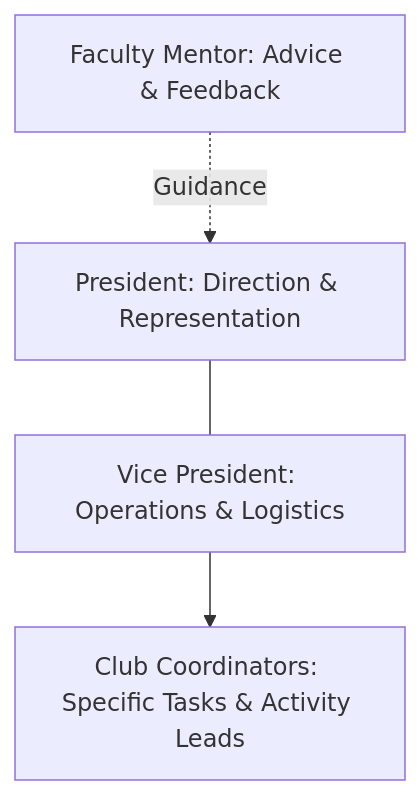
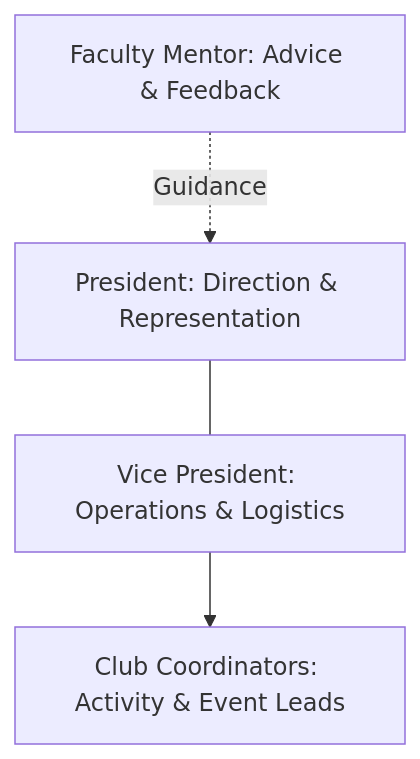
The diagram in 04-club-leadership/structure.md (blxckpxnther46/Kalvium-X-Vels-Student-Clubs), drawn with Mermaid before and after one commit. The commit also changed other lines of this file and 50 other files, not shown here.

````diff
--- a/04-club-leadership/structure.md
+++ b/04-club-leadership/structure.md
@@ -5,11 +5,11 @@
 ```mermaid
 graph TD
     Mentor[Faculty Mentor: Advice & Feedback]
     Pres[President: Direction & Representation]
     VP[Vice President: Operations & Logistics]
-    Coords[Club Coordinators: Specific Tasks & Activity Leads]
+    Coords[Club Coordinators: Activity & Event Leads]
     
     Mentor -.->|Guidance| Pres
     Pres --- VP
     VP --> Coords
 ```
````
